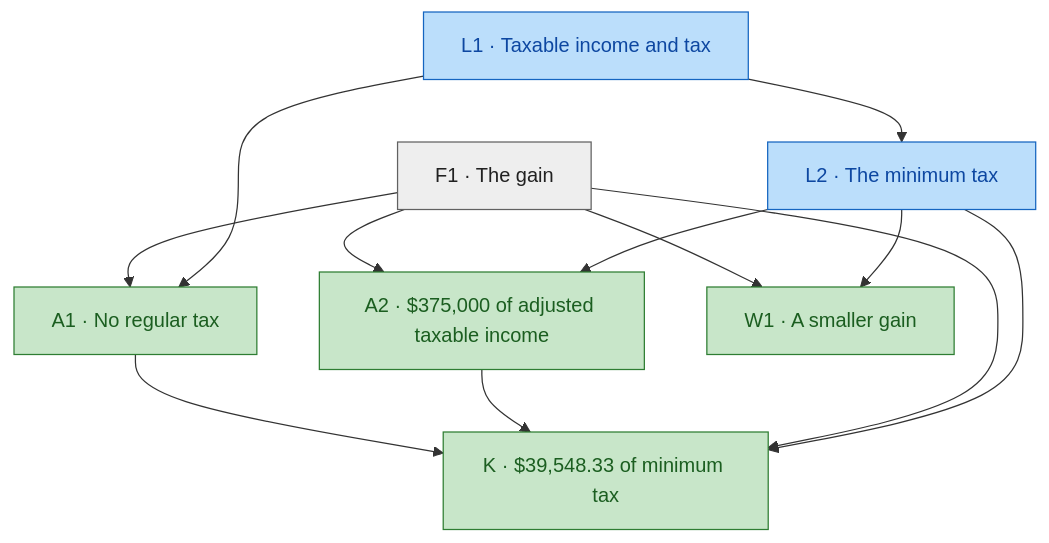
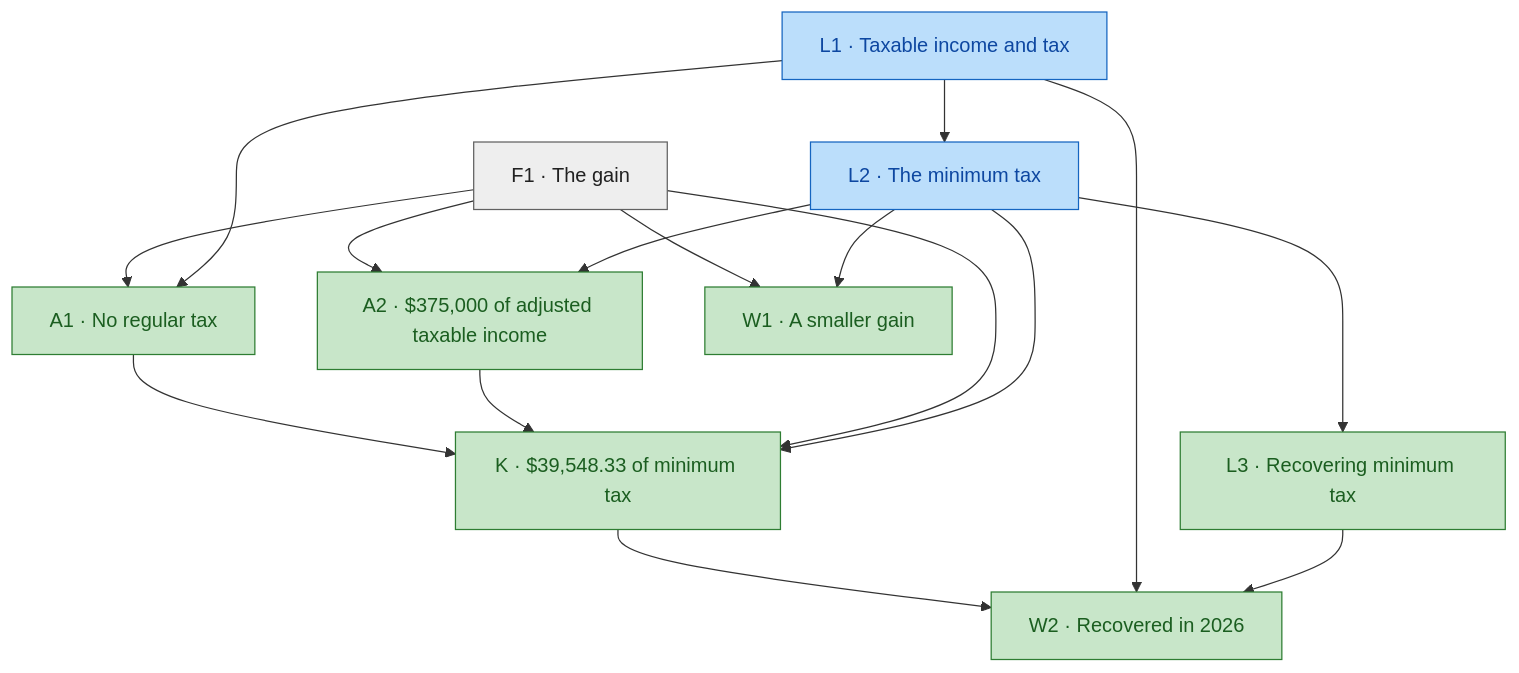
One commit to SeanWMurray/Canteen changed the first of 2 diagrams in docs/blueprint/crystallization-minimum-tax.md. Above: the diagram before and after it, drawn with Mermaid. The commit also changed other lines of this file and 14 other files, not shown here.

First line of the commit message:
Encode the 120.2 recovery of minimum tax

````diff
--- a/docs/blueprint/crystallization-minimum-tax.md
+++ b/docs/blueprint/crystallization-minimum-tax.md
@@ -15,27 +15,33 @@
 ```mermaid
 graph TD
   n0["L1 · Taxable income and tax"]:::encoded
   n1["L2 · The minimum tax"]:::encoded
   n2["F1 · The gain"]:::fact
   n3["A1 · No regular tax"]:::proven
   n4["A2 · $375,000 of adjusted taxable income"]:::proven
   n5["K · $39,548.33 of minimum tax"]:::proven
   n6["W1 · A smaller gain"]:::proven
+  n7["L3 · Recovering minimum tax"]:::proven
+  n8["W2 · Recovered in 2026"]:::proven
   n0 --> n1
   n2 --> n3
   n0 --> n3
   n2 --> n4
   n1 --> n4
   n3 --> n5
   n4 --> n5
   n2 --> n5
   n1 --> n5
   n2 --> n6
   n1 --> n6
+  n1 --> n7
+  n5 --> n8
+  n0 --> n8
+  n7 --> n8
   classDef proven fill:#c8e6c9,stroke:#2e7d32,color:#1b5e20
   classDef encoded fill:#bbdefb,stroke:#1565c0,color:#0d47a1
   classDef fact fill:#eeeeee,stroke:#616161,color:#212121
   classDef judgment fill:#ffe0b2,stroke:#ef6c00,color:#e65100
   classDef notFormalized fill:#ffffff,stroke:#c62828,color:#b71c1c,stroke-dasharray:5 5
   classDef unproven fill:#ffcdd2,stroke:#c62828,color:#b71c1c
 ```
````
